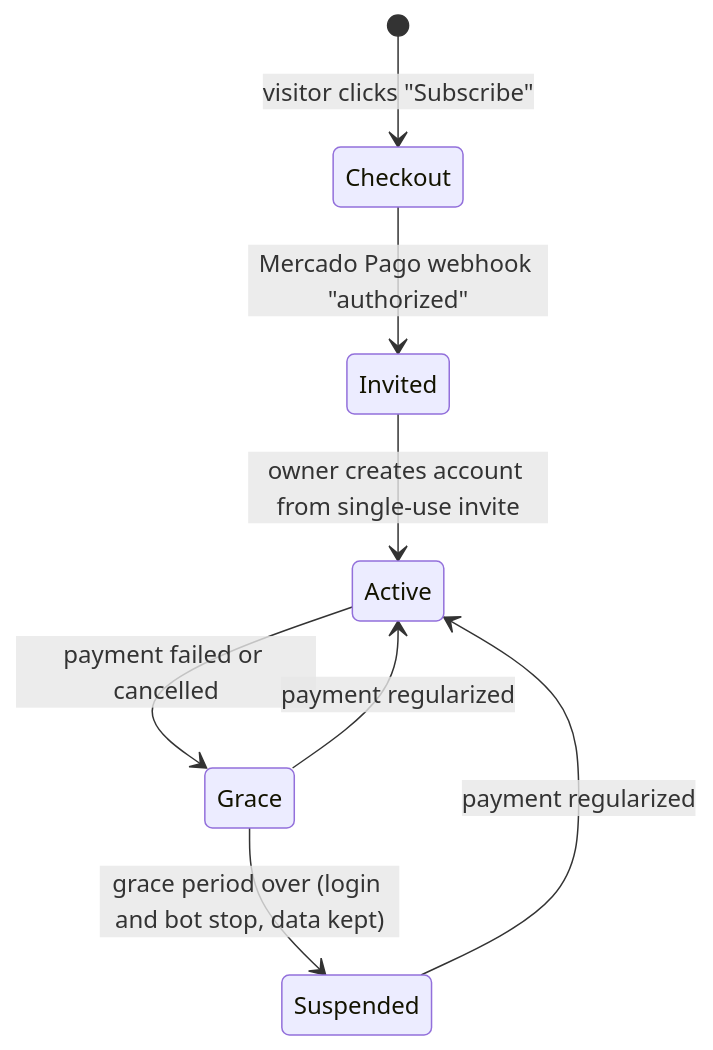
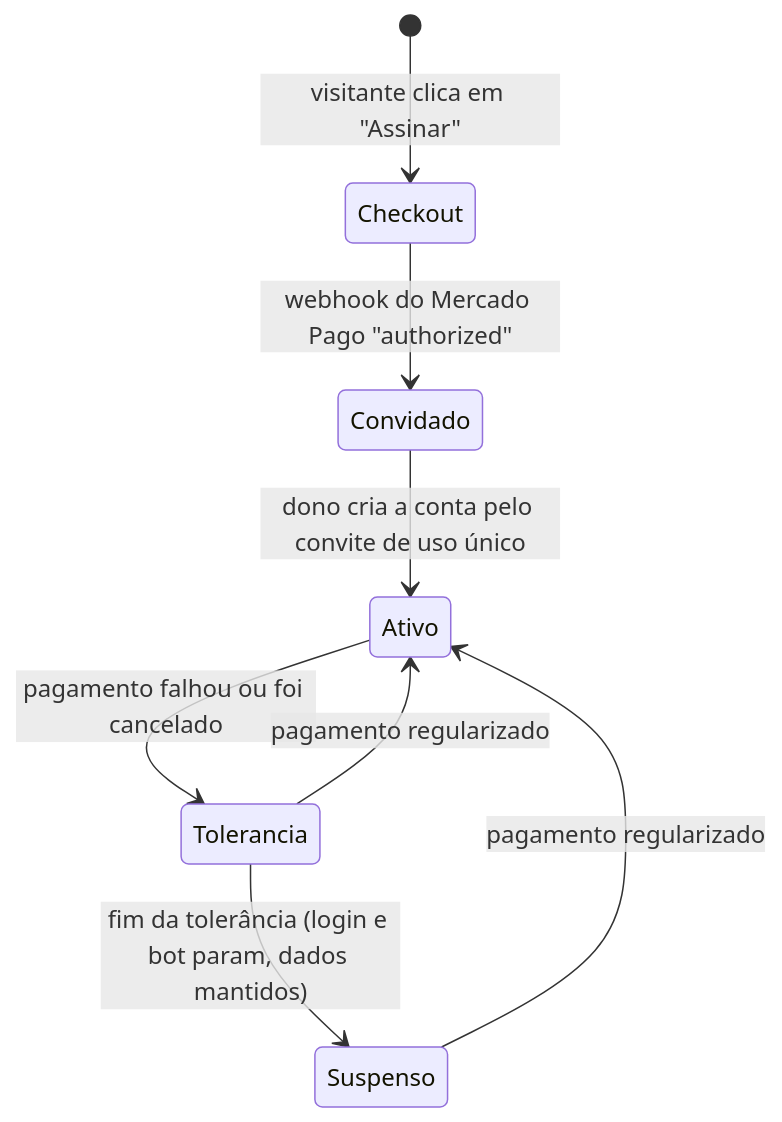
The second of 3 diagrams in docs/architecture.md (darkslipx/zapsync-showcase), drawn with Mermaid before and after one commit. The commit also changed other lines of this file and 3 other files, not shown here.

````diff
--- a/docs/architecture.md
+++ b/docs/architecture.md
@@ -39,10 +41,10 @@
 ```mermaid
 stateDiagram-v2
-  [*] --> Checkout: visitor clicks "Subscribe"
-  Checkout --> Invited: Mercado Pago webhook "authorized"
-  Invited --> Active: owner creates account from single-use invite
-  Active --> Grace: payment failed or cancelled
-  Grace --> Active: payment regularized
-  Grace --> Suspended: grace period over (login and bot stop, data kept)
-  Suspended --> Active: payment regularized
+  [*] --> Checkout: visitante clica em "Assinar"
+  Checkout --> Convidado: webhook do Mercado Pago "authorized"
+  Convidado --> Ativo: dono cria a conta pelo convite de uso único
+  Ativo --> Tolerancia: pagamento falhou ou foi cancelado
+  Tolerancia --> Ativo: pagamento regularizado
+  Tolerancia --> Suspenso: fim da tolerância (login e bot param, dados mantidos)
+  Suspenso --> Ativo: pagamento regularizado
 ```
````
